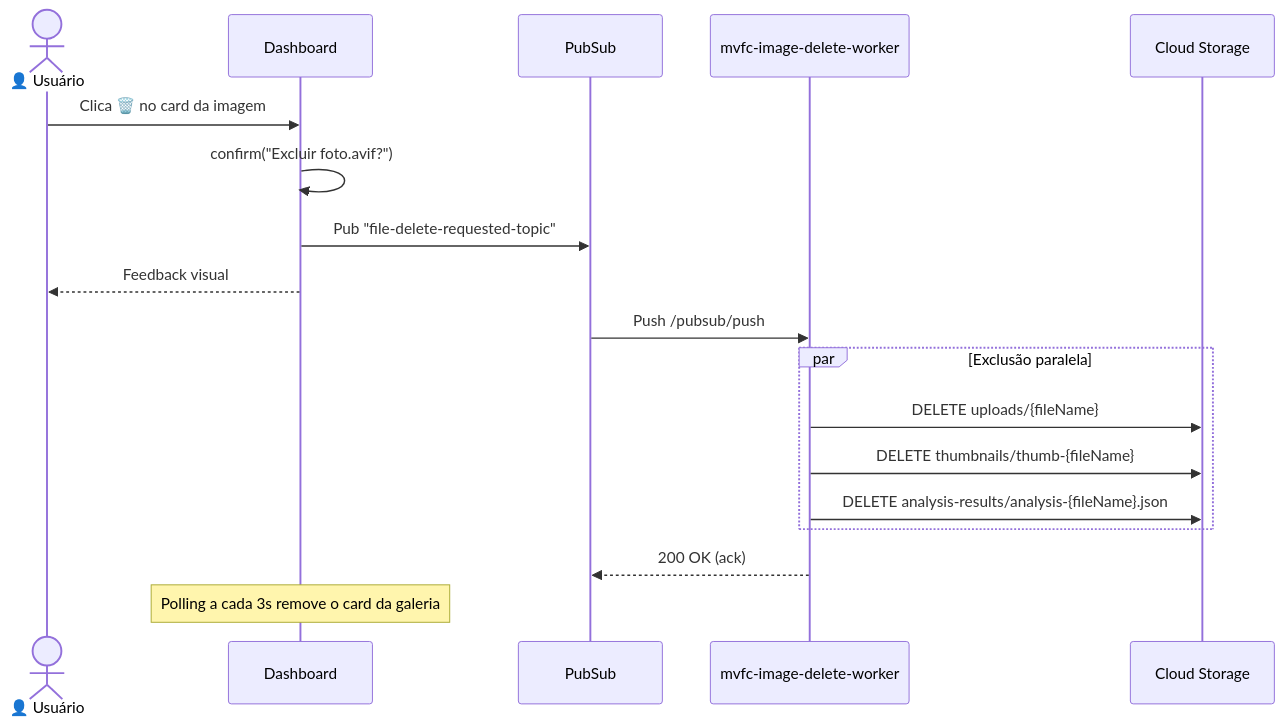
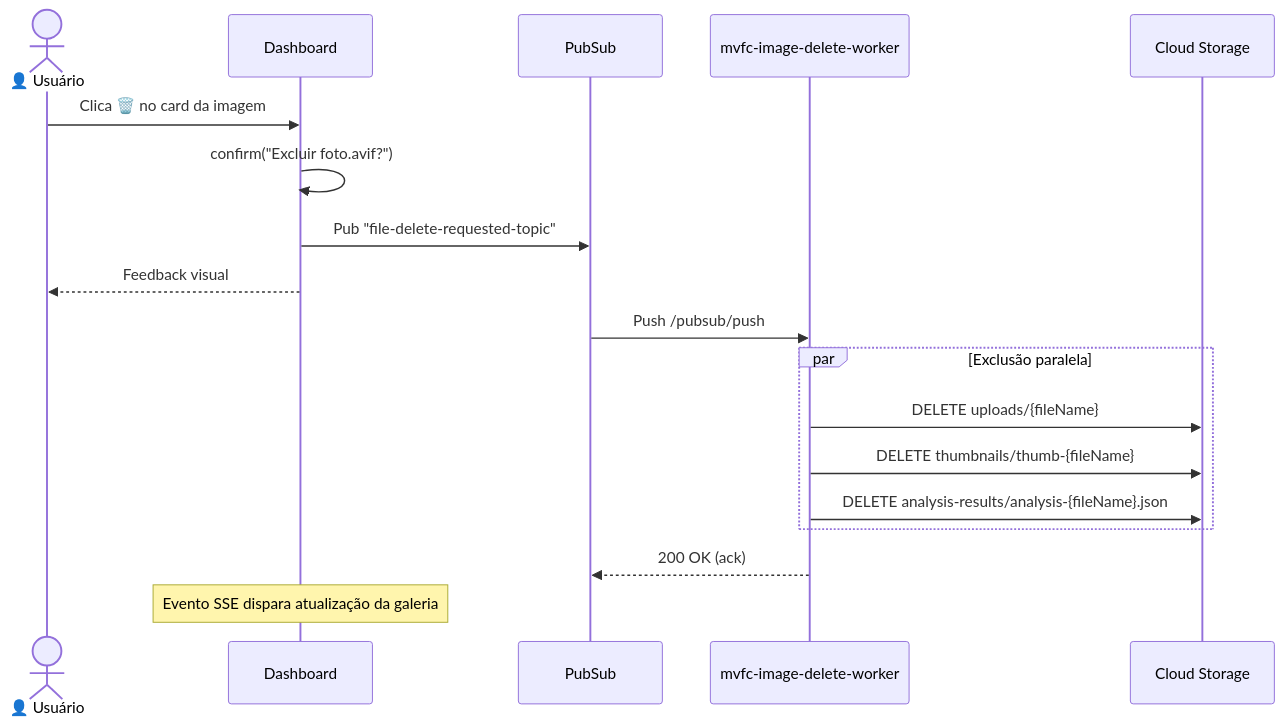
Before and after one commit to Marcus-V-Freitas/MVFC.ImageProcessing: the third of 5 diagrams in README.pt-BR.md, drawn with Mermaid. The commit also changed other lines of this file and 60 other files, not shown here.

````diff
--- a/README.pt-BR.md
+++ b/README.pt-BR.md
@@ -183,25 +185,25 @@
 ```mermaid
 sequenceDiagram
     actor U as 👤 Usuário
     participant D as Dashboard
     participant PS as PubSub
     participant DW as mvfc-image-delete-worker
     participant GCS as Cloud Storage
 
     U->>D: Clica 🗑️ no card da imagem
     D->>D: confirm("Excluir foto.avif?")
     D->>PS: Pub "file-delete-requested-topic"
     D-->>U: Feedback visual
 
     PS->>DW: Push /pubsub/push
     
     par Exclusão paralela
         DW->>GCS: DELETE uploads/{fileName}
         DW->>GCS: DELETE thumbnails/thumb-{fileName}
         DW->>GCS: DELETE analysis-results/analysis-{fileName}.json
     end
 
     DW-->>PS: 200 OK (ack)
 
-    Note over D: Polling a cada 3s remove o card da galeria
+    Note over D: Evento SSE dispara atualização da galeria
 ```
````
